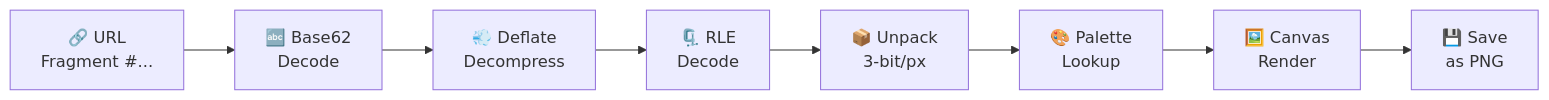
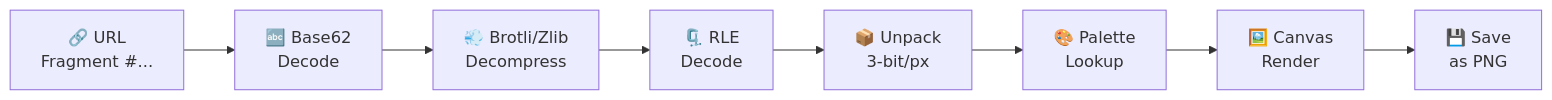
Before and after one commit to GHagui/NanoGlyph-Share: the second of 2 diagrams in README.md, drawn with Mermaid. The commit also changed other lines of this file and 9 other files, not shown here.

````diff
--- a/README.md
+++ b/README.md
@@ -64,10 +65,10 @@
 ```mermaid
 flowchart LR
     A["🔗 URL\nFragment #..."] --> B["🔤 Base62\nDecode"]
-    B --> C["💨 Deflate\nDecompress"]
+    B --> C["💨 Brotli/Zlib\nDecompress"]
     C --> D["🗜️ RLE\nDecode"]
     D --> E["📦 Unpack\n3-bit/px"]
     E --> F["🎨 Palette\nLookup"]
     F --> G["🖼️ Canvas\nRender"]
     G --> H["💾 Save\nas PNG"]
 ```
````
